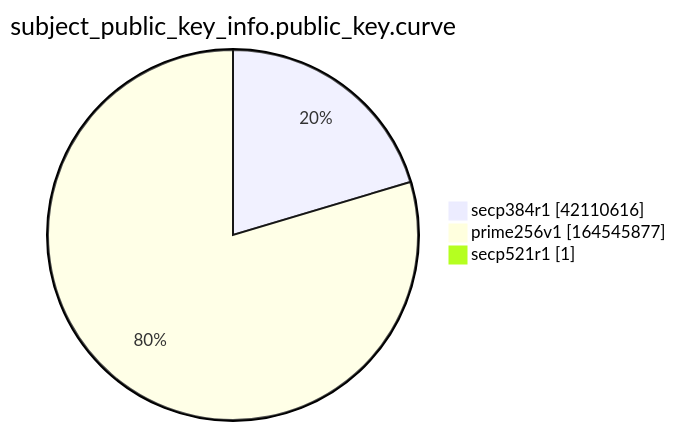
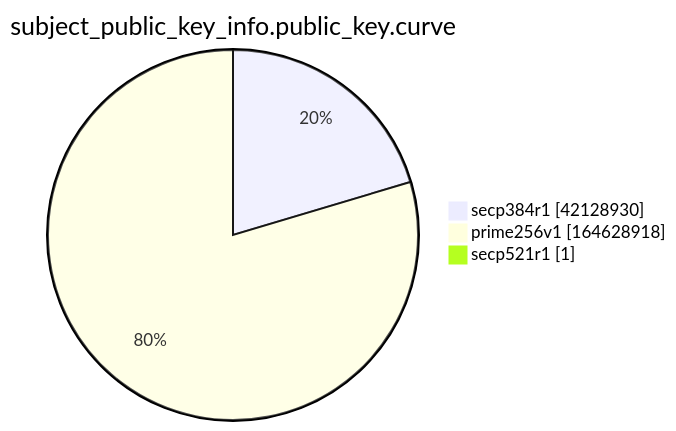
Before and after one commit to christiankrug/ctmonitor_visualization: the ninth of 15 diagrams in xenon2022/README.md, drawn with Mermaid. The commit also changed other lines of this file, not shown here.

````diff
--- a/xenon2022/README.md
+++ b/xenon2022/README.md
@@ -2869,7 +2869,7 @@
 ```mermaid
 pie showData
 title subject_public_key_info.public_key.curve
-"secp384r1" :42110616
-"prime256v1" :164545877
+"secp384r1" :42128930
+"prime256v1" :164628918
 "secp521r1" :1
 ```
````
